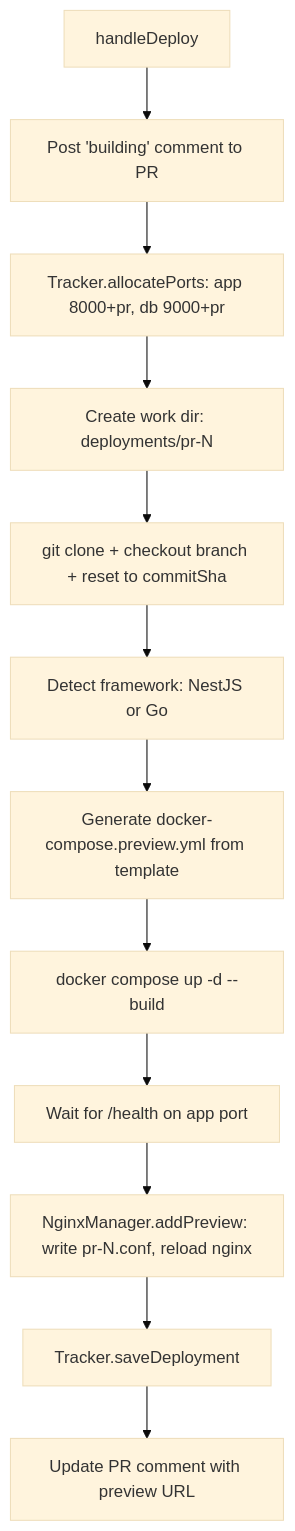
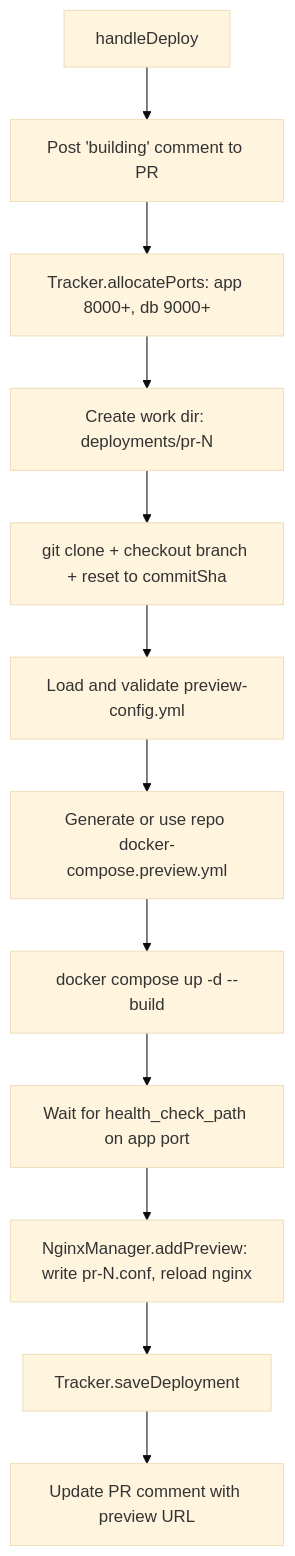
One commit to danLeBrown/docs changed the third of 4 diagrams in reference/orchestrator-how-it-works.mdx. Above: the diagram before and after it, drawn with Mermaid (base theme). The commit also changed other lines of this file and 17 other files, not shown here.

Commit message:
Enhance documentation for preview-deployer: expand supported frameworks to include Laravel, Rust, and Python; clarify required fields in `preview-config.yml`; update examples for each framework; improve port allocation details; and add troubleshooting guidance for configuration issues.

````diff
--- a/reference/orchestrator-how-it-works.mdx
+++ b/reference/orchestrator-how-it-works.mdx
@@ -85,14 +87,14 @@
 ```mermaid
 flowchart TB
     A[handleDeploy] --> B[Post 'building' comment to PR]
-    B --> C[Tracker.allocatePorts: app 8000+pr, db 9000+pr]
+    B --> C[Tracker.allocatePorts: app 8000+, db 9000+]
     C --> D[Create work dir: deployments/pr-N]
     D --> E[git clone + checkout branch + reset to commitSha]
-    E --> F[Detect framework: NestJS or Go]
-    F --> G[Generate docker-compose.preview.yml from template]
+    E --> F[Load and validate preview-config.yml]
+    F --> G[Generate or use repo docker-compose.preview.yml]
     G --> H[docker compose up -d --build]
-    H --> I[Wait for /health on app port]
+    H --> I[Wait for health_check_path on app port]
     I --> J[NginxManager.addPreview: write pr-N.conf, reload nginx]
     J --> K[Tracker.saveDeployment]
     K --> L[Update PR comment with preview URL]
 ```
````
